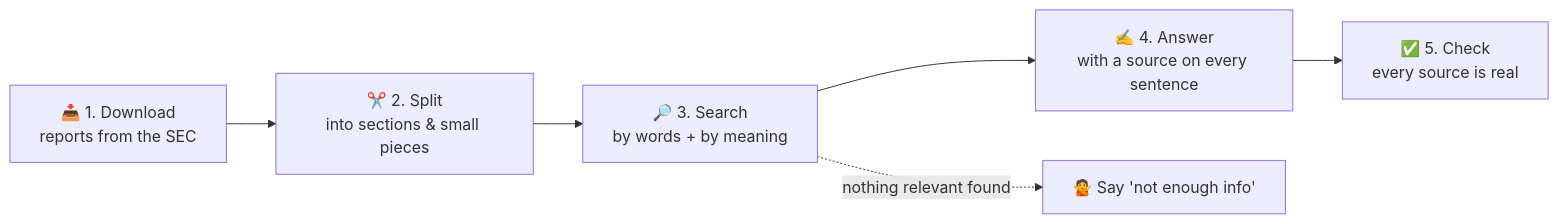
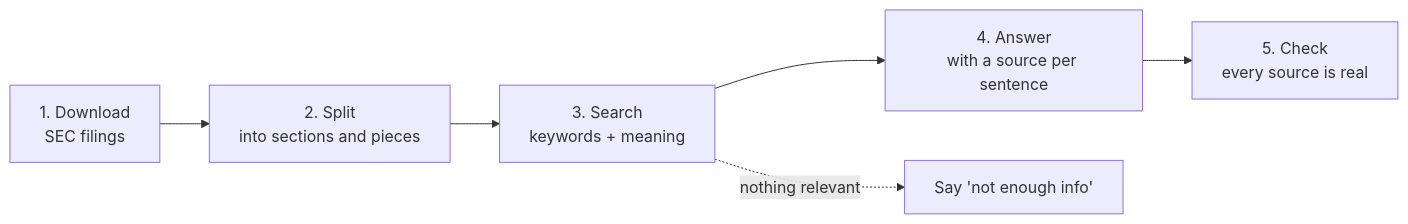
The first of 2 diagrams in README.md (samruddhichitnis02/alphalens), drawn with Mermaid before and after one commit. The commit also changed other lines of this file and 13 other files, not shown here.

First line of the commit message:
docs: replace README text with charts and remove emojis

````diff
--- a/README.md
+++ b/README.md
@@ -42,8 +24,8 @@
 ```mermaid
 flowchart LR
-    A["📥 1. Download<br/>reports from the SEC"] --> B["✂️ 2. Split<br/>into sections & small pieces"]
-    B --> C["🔎 3. Search<br/>by words + by meaning"]
-    C --> D["✍️ 4. Answer<br/>with a source on every sentence"]
-    D --> E["✅ 5. Check<br/>every source is real"]
-    C -. "nothing relevant found" .-> F["🙅 Say 'not enough info'"]
+    A["1. Download<br/>SEC filings"] --> B["2. Split<br/>into sections and pieces"]
+    B --> C["3. Search<br/>keywords + meaning"]
+    C --> D["4. Answer<br/>with a source per sentence"]
+    D --> E["5. Check<br/>every source is real"]
+    C -. "nothing relevant" .-> F["Say 'not enough info'"]
 ```
````
